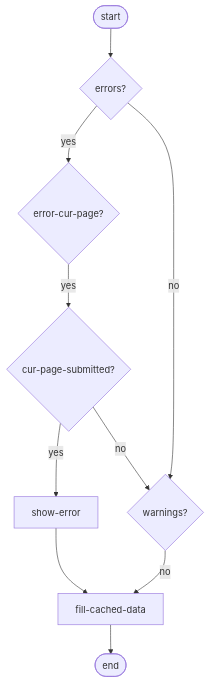
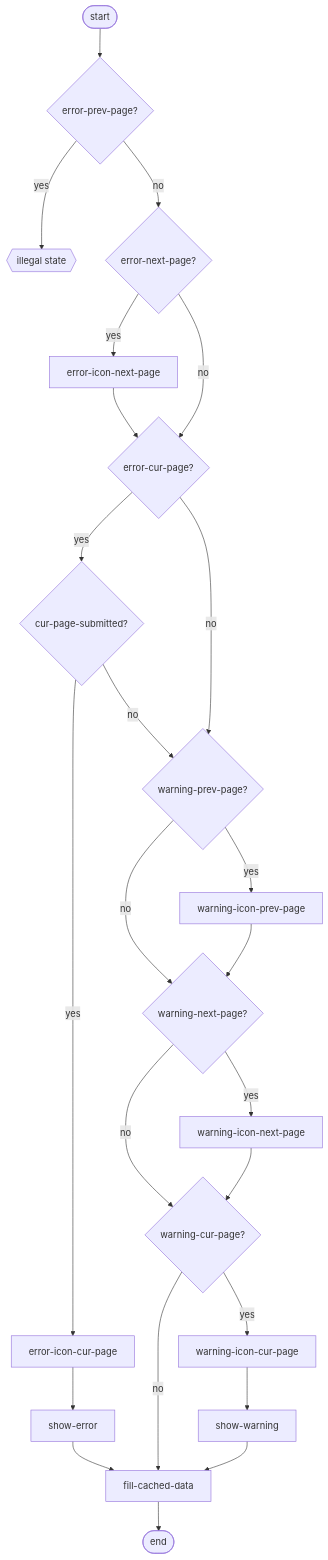
One commit to kiesraad/abacus changed the first of 3 diagrams in documentatie/flowcharts/date-entry-navigation.md. Above: the diagram before and after it, drawn with Mermaid. The commit also changed other lines of this file, not shown here.

Commit message:
extends first flow

````diff
--- a/documentatie/flowcharts/date-entry-navigation.md
+++ b/documentatie/flowcharts/date-entry-navigation.md
@@ -10,38 +13,64 @@
 ```mermaid
 flowchart TD
 
     %% elements
-    %% render-errors
-    %% render-warnings
-    %% fill-cached-data
     flow-start([start])
     flow-end([end])
+    illegal-state{{illegal state}}
 
-    fill-cached-data
     show-error
+    error-icon-next-page
+    %% error-icon-prev-page is illegal state
+    error-icon-cur-page
 
-    errors{errors?}
+    show-warning
+    warning-icon-next-page
+    warning-icon-prev-page
+    warning-icon-cur-page
+
+    error-next-page{error-next-page?}
+    error-prev-page{error-prev-page?}
     error-cur-page{error-cur-page?}
+
+    warning-next-page{warning-next-page?}
+    warning-prev-page{warning-prev-page?}
+    warning-cur-page{warning-cur-page?}
 
     cur-page-submitted{cur-page-submitted?}
 
-    warnings{warnings?}
+    fill-cached-data
 
     %% flow
-    flow-start --> errors
+    flow-start --> error-prev-page
 
-    errors -- yes --> error-cur-page
+    error-prev-page -- yes --> illegal-state
+    error-prev-page -- no --> error-next-page
+
+    error-next-page -- yes --> error-icon-next-page
+    error-icon-next-page --> error-cur-page
+    error-next-page -- no --> error-cur-page
+
     error-cur-page -- yes --> cur-page-submitted
-    cur-page-submitted -- yes --> show-error
-    cur-page-submitted -- no --> warnings
+    cur-page-submitted -- yes --> error-icon-cur-page
+    error-icon-cur-page --> show-error
+    cur-page-submitted -- no --> warning-prev-page
+    error-cur-page -- no --> warning-prev-page
 
+    warning-prev-page -- no --> warning-next-page
+    warning-prev-page -- yes --> warning-icon-prev-page
+    warning-icon-prev-page --> warning-next-page
 
-    errors -- no --> warnings
+    warning-next-page -- no --> warning-cur-page
+    warning-next-page -- yes --> warning-icon-next-page
+    warning-icon-next-page --> warning-cur-page
 
-    warnings -- no --> fill-cached-data
+    warning-cur-page -- no --> fill-cached-data
+    warning-cur-page -- yes --> warning-icon-cur-page
+    warning-icon-cur-page --> show-warning
 
     show-error --> fill-cached-data
+    show-warning --> fill-cached-data
 
     fill-cached-data --> flow-end
 
 ```
````
